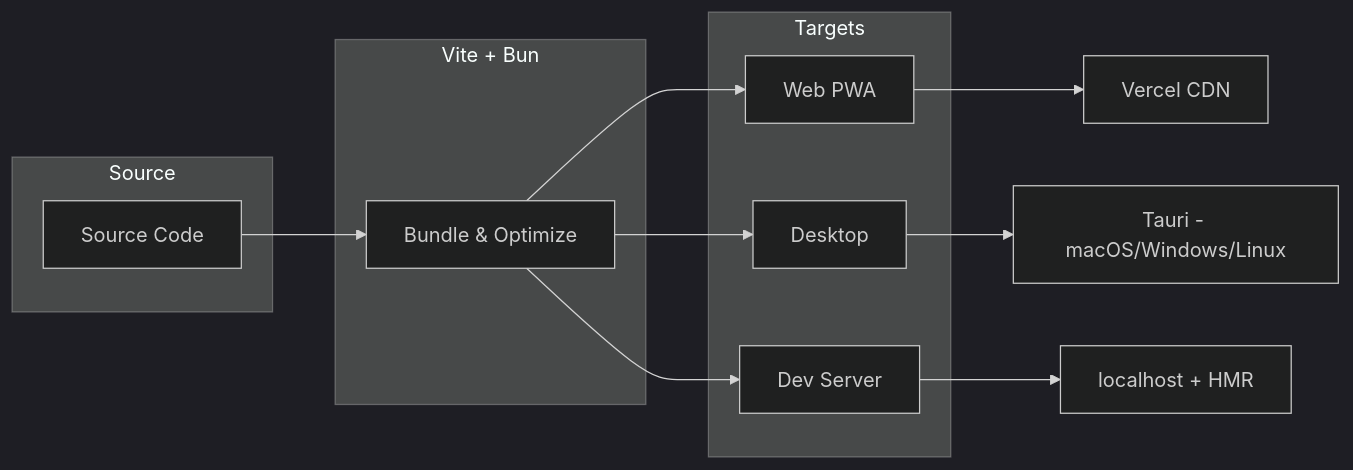
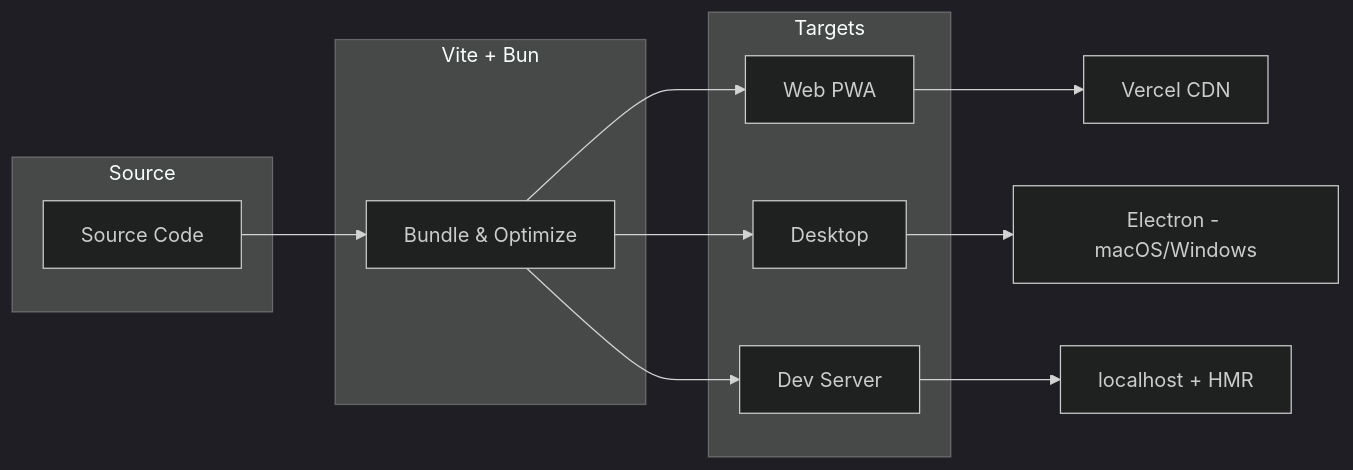
One commit to ryokun6/ryos changed the second of 6 diagrams in docs/1.1-architecture.md. Above: the diagram before and after it, drawn with Mermaid (dark theme). The commit also changed other lines of this file and 60 other files, not shown here.

````diff
--- a/docs/1.1-architecture.md
+++ b/docs/1.1-architecture.md
@@ -70,25 +70,25 @@
 ```mermaid
 graph LR
     subgraph Source
         A[Source Code]
     end
     
     subgraph Build["Vite + Bun"]
         B[Bundle & Optimize]
     end
     
     subgraph Targets
         C[Web PWA]
         D[Desktop]
         E[Dev Server]
     end
     
     A --> B
     B --> C
     B --> D
     B --> E
     
     C --> F[Vercel CDN]
-    D --> G[Tauri - macOS/Windows/Linux]
+    D --> G[Electron - macOS/Windows]
     E --> H[localhost + HMR]
 ```
````
